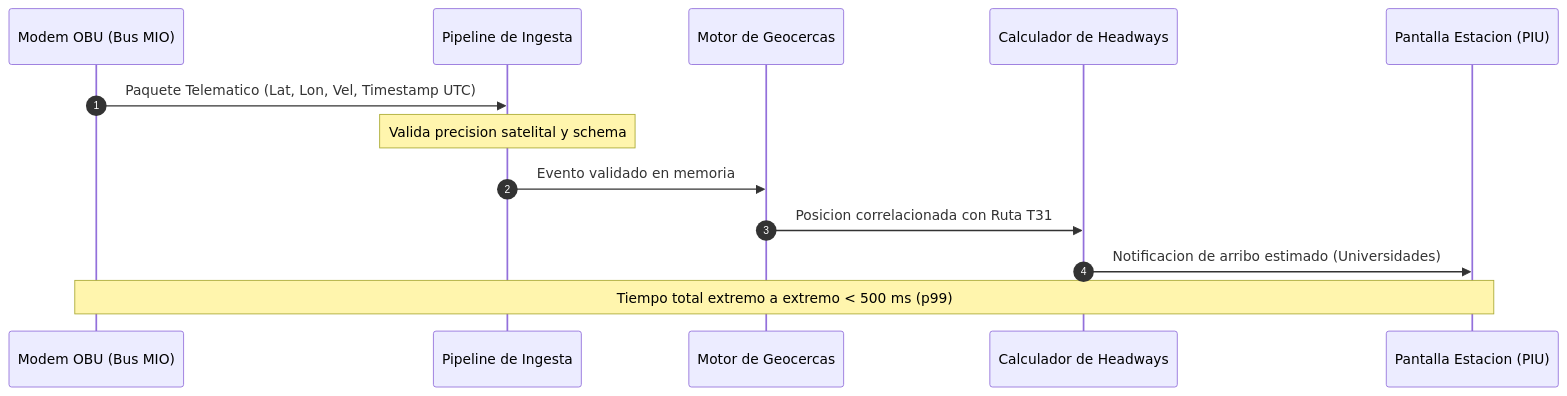
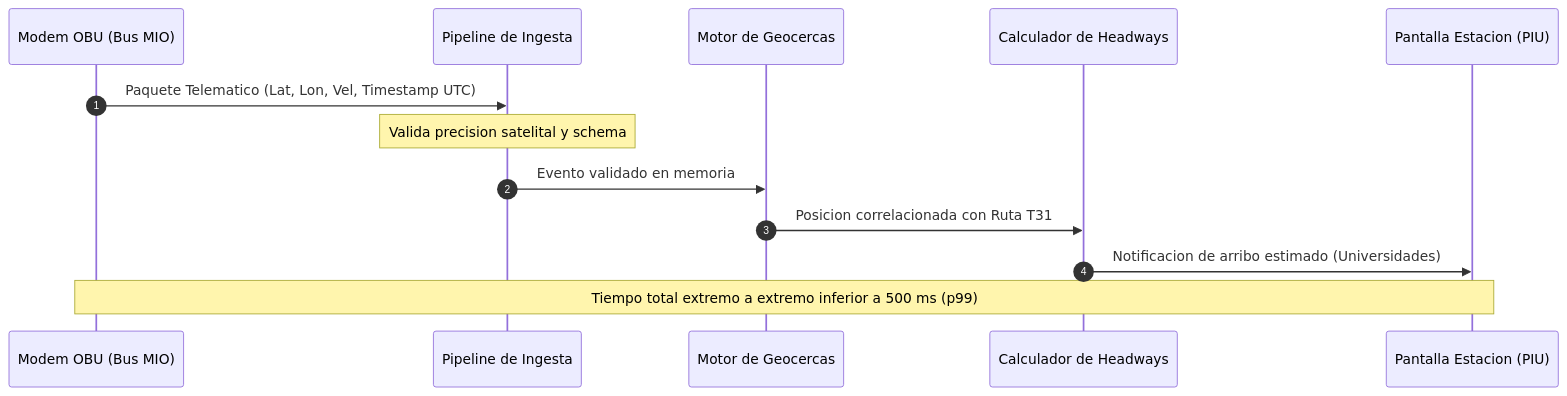
Before and after one commit to Kelocoes/docukelo-icesi: the fourth of 8 diagrams in docs/diseno-de-software-1/semana-1/03-drivers-asrs-escenarios.md, drawn with Mermaid. The commit also changed other lines of this file and 3 other files, not shown here.

Commit message:
docs(diseno-1): actualizar guias 02 y 03 con diagramas SVG optimizados, OCP y escenarios SEI

````diff
--- a/docs/diseno-de-software-1/semana-1/03-drivers-asrs-escenarios.md
+++ b/docs/diseno-de-software-1/semana-1/03-drivers-asrs-escenarios.md
@@ -189,16 +220,16 @@
 ```mermaid
 sequenceDiagram
     autonumber
     participant OBU as Modem OBU (Bus MIO)
     participant Ing as Pipeline de Ingesta
     participant Geo as Motor de Geocercas
     participant Head as Calculador de Headways
     participant PIU as Pantalla Estacion (PIU)
 
     OBU->>Ing: Paquete Telematico (Lat, Lon, Vel, Timestamp UTC)
     Note over Ing: Valida precision satelital y schema
     Ing->>Geo: Evento validado en memoria
     Geo->>Head: Posicion correlacionada con Ruta T31
     Head->>PIU: Notificacion de arribo estimado (Universidades)
-    Note over OBU,PIU: Tiempo total extremo a extremo < 500 ms (p99)
+    Note over OBU,PIU: Tiempo total extremo a extremo inferior a 500 ms (p99)
 ```
````
